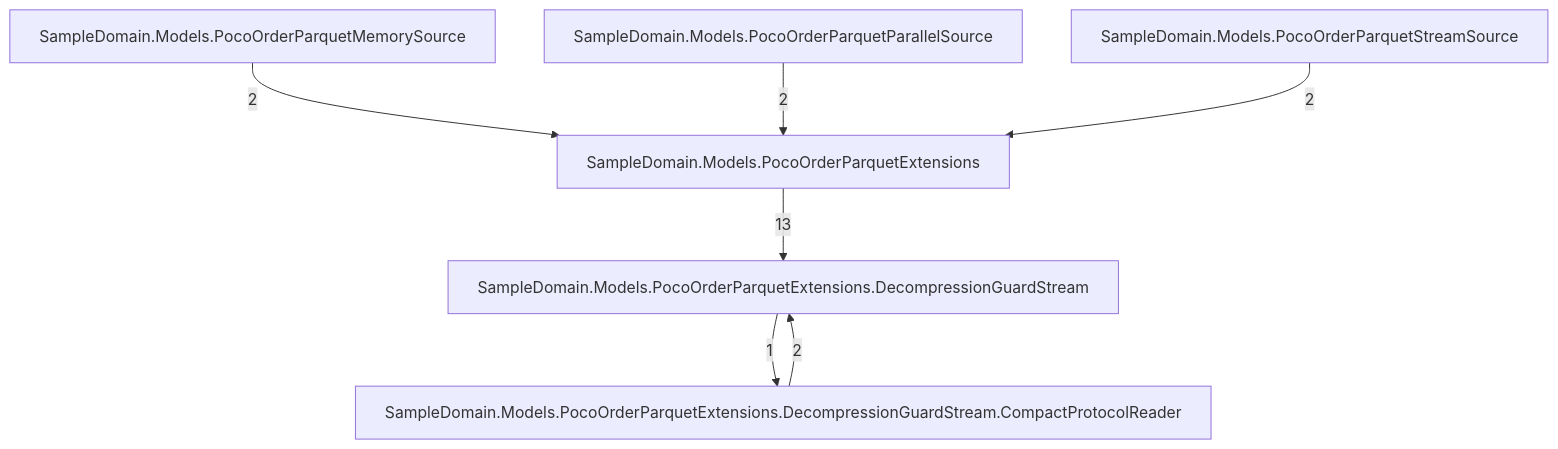
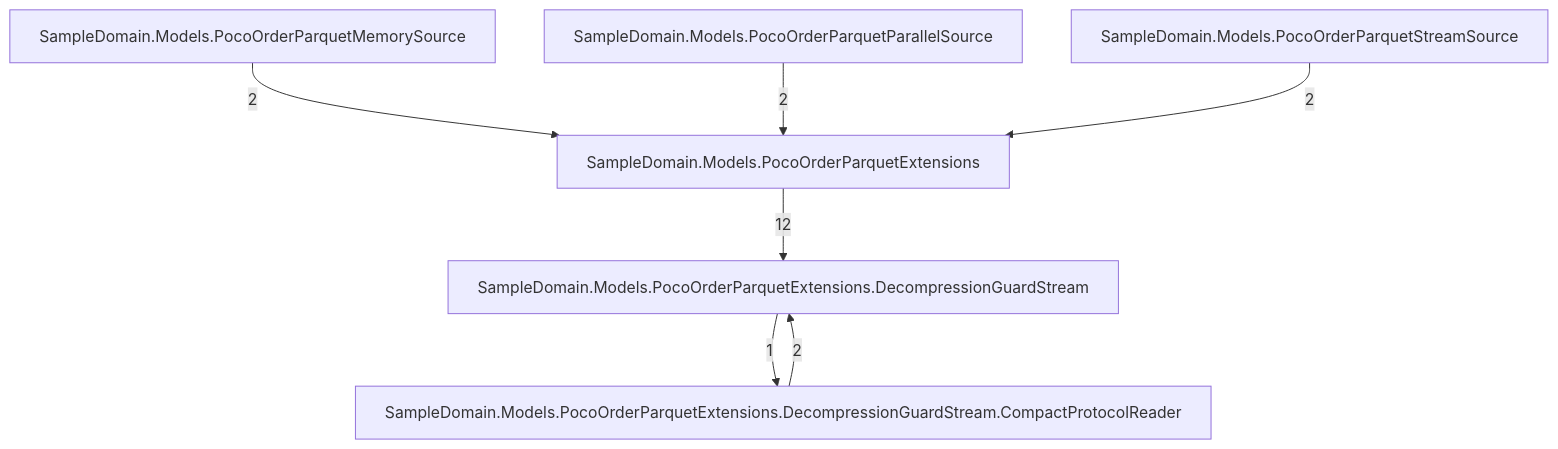
The fifth of 7 diagrams in docs/callgraph-generated.md (rtkelly13/Parquet.SourceGenerator), drawn with Mermaid before and after one commit. The commit also changed other lines of this file and 109 other files, not shown here.

````diff
--- a/docs/callgraph-generated.md
+++ b/docs/callgraph-generated.md
@@ -80,15 +80,15 @@
 ```mermaid
 graph TD
     tsampledomainmodelspocoorderparquetextensions_046["SampleDomain.Models.PocoOrderParquetExtensions"]
     tsampledomainmodelspocoorderparquetextensionsdecompressionguardstream_071["SampleDomain.Models.PocoOrderParquetExtensions.DecompressionGuardStream"]
     tsampledomainmodelspocoorderparquetextensionsdecompressionguardstreamcompactprotocolreader_093["SampleDomain.Models.PocoOrderParquetExtensions.DecompressionGuardStream.CompactProtocolReader"]
     tsampledomainmodelspocoorderparquetmemorysource_048["SampleDomain.Models.PocoOrderParquetMemorySource"]
     tsampledomainmodelspocoorderparquetparallelsource_050["SampleDomain.Models.PocoOrderParquetParallelSource"]
     tsampledomainmodelspocoorderparquetstreamsource_048["SampleDomain.Models.PocoOrderParquetStreamSource"]
     tsampledomainmodelspocoorderparquetextensionsdecompressionguardstreamcompactprotocolreader_093 -->|2| tsampledomainmodelspocoorderparquetextensionsdecompressionguardstream_071
     tsampledomainmodelspocoorderparquetextensionsdecompressionguardstream_071 -->|1| tsampledomainmodelspocoorderparquetextensionsdecompressionguardstreamcompactprotocolreader_093
-    tsampledomainmodelspocoorderparquetextensions_046 -->|13| tsampledomainmodelspocoorderparquetextensionsdecompressionguardstream_071
+    tsampledomainmodelspocoorderparquetextensions_046 -->|12| tsampledomainmodelspocoorderparquetextensionsdecompressionguardstream_071
     tsampledomainmodelspocoorderparquetmemorysource_048 -->|2| tsampledomainmodelspocoorderparquetextensions_046
     tsampledomainmodelspocoorderparquetparallelsource_050 -->|2| tsampledomainmodelspocoorderparquetextensions_046
     tsampledomainmodelspocoorderparquetstreamsource_048 -->|2| tsampledomainmodelspocoorderparquetextensions_046
 ```
````
